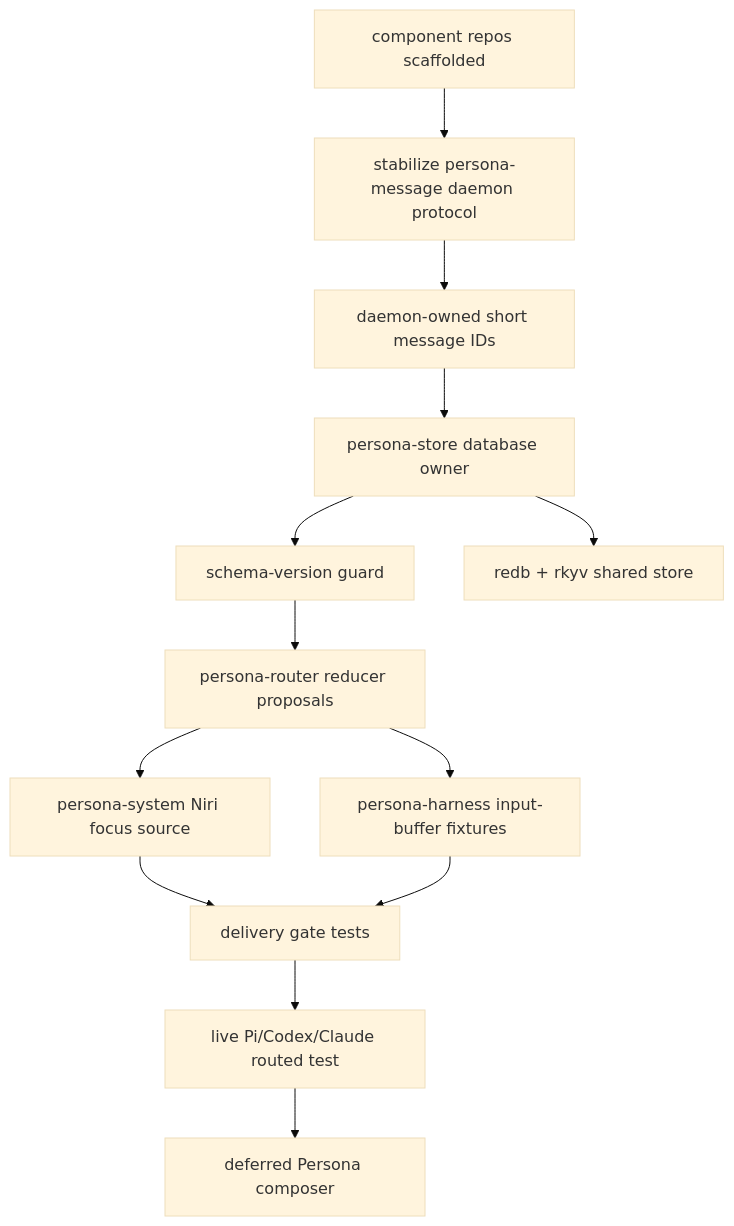
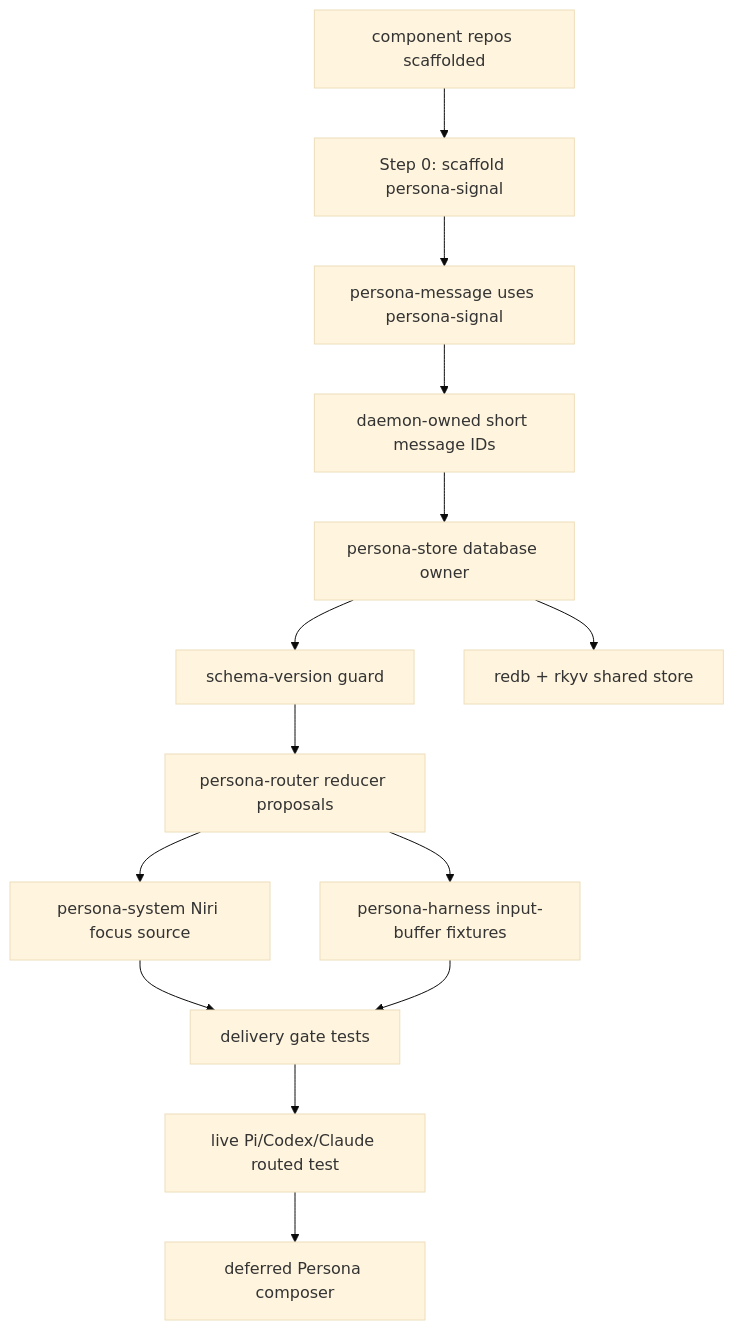
Before and after one commit to LiGoldragon/primary: diagram 17 of 18 in reports/operator/9-persona-message-router-architecture.md, drawn with Mermaid (base theme). The commit also changed other lines of this file, not shown here.

Commit message:
integrate Persona contract repo design

````diff
--- a/reports/operator/9-persona-message-router-architecture.md
+++ b/reports/operator/9-persona-message-router-architecture.md
@@ -532,28 +614,30 @@
 ```mermaid
 flowchart TD
+    contract["Step 0: scaffold persona-signal"]
     repos["component repos scaffolded"]
-    msg["stabilize persona-message daemon protocol"]
+    msg["persona-message uses persona-signal"]
     ids["daemon-owned short message IDs"]
     pstore["persona-store database owner"]
     skew["schema-version guard"]
     router["persona-router reducer proposals"]
     store["redb + rkyv shared store"]
     system["persona-system Niri focus source"]
     harness["persona-harness input-buffer fixtures"]
     gate["delivery gate tests"]
     live["live Pi/Codex/Claude routed test"]
     desktop["deferred Persona composer"]
 
-    repos --> msg
+    repos --> contract
+    contract --> msg
     msg --> ids
     ids --> pstore
     pstore --> skew
     skew --> router
     pstore --> store
     router --> system
     router --> harness
     system --> gate
     harness --> gate
     gate --> live
     live --> desktop
 ```
````
